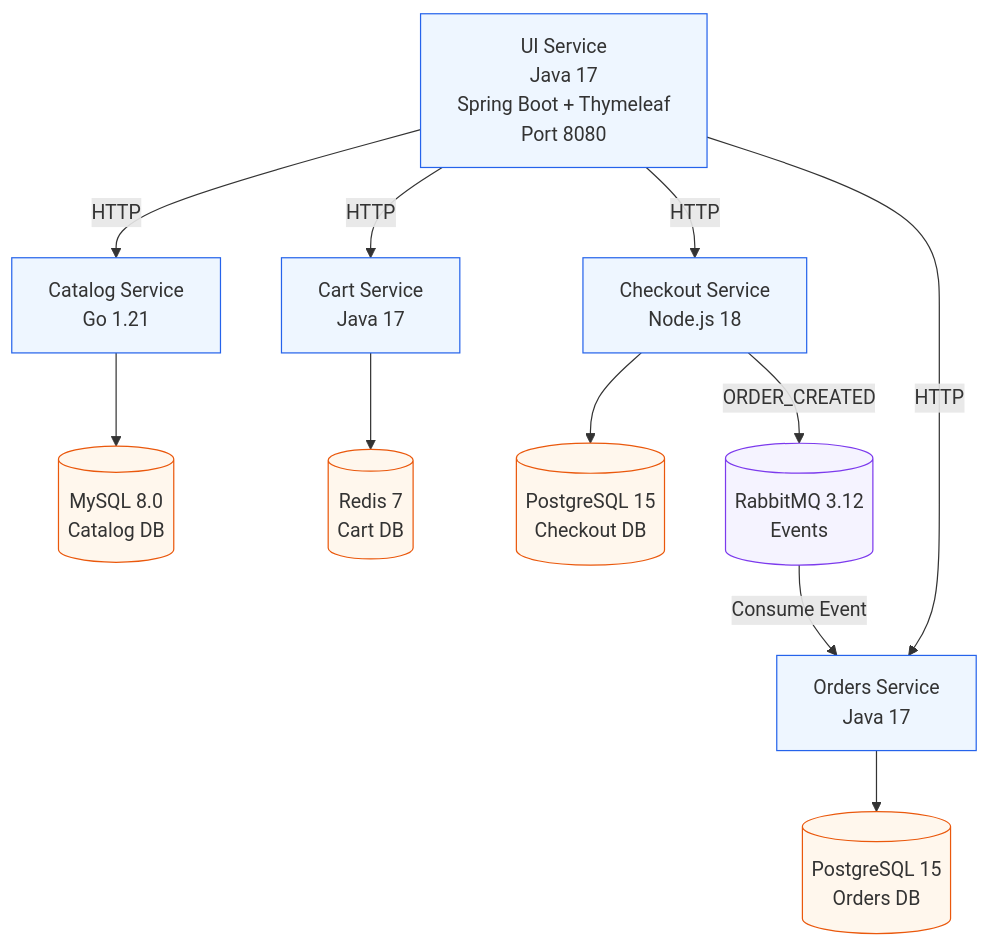
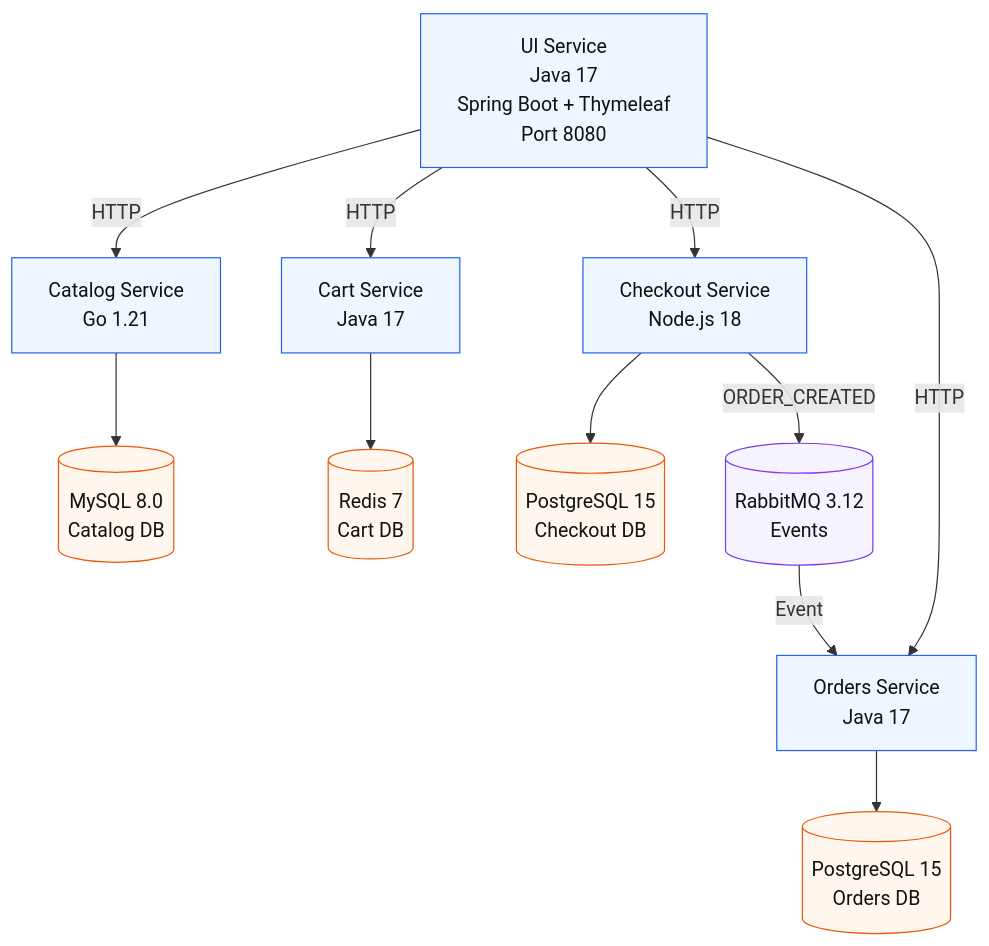
Before and after one commit to Hepher114/guitar-shop-microservices: the diagram in README.md, drawn with Mermaid. The commit also changed other lines of this file, not shown here.

Commit message:
add component diagran

````diff
--- a/README.md
+++ b/README.md
@@ -15,33 +15,33 @@
 ```mermaid
 flowchart TB
 
   UI["UI Service<br/>Java 17<br/>Spring Boot + Thymeleaf<br/>Port 8080"]:::svc
 
   CATALOG["Catalog Service<br/>Go 1.21"]:::svc
   CART["Cart Service<br/>Java 17"]:::svc
   CHECKOUT["Checkout Service<br/>Node.js 18"]:::svc
   ORDERS["Orders Service<br/>Java 17"]:::svc
 
   MYSQL[("MySQL 8.0<br/>Catalog DB")]:::db
   REDIS[("Redis 7<br/>Cart DB")]:::db
   PG1[("PostgreSQL 15<br/>Checkout DB")]:::db
   PG2[("PostgreSQL 15<br/>Orders DB")]:::db
   MQ[("RabbitMQ 3.12<br/>Events")]:::mq
 
   UI -->|HTTP| CATALOG
   UI -->|HTTP| CART
   UI -->|HTTP| CHECKOUT
   UI -->|HTTP| ORDERS
 
   CATALOG --> MYSQL
   CART --> REDIS
   CHECKOUT --> PG1
   ORDERS --> PG2
 
   CHECKOUT -->|ORDER_CREATED| MQ
-  MQ -->|Consume Event| ORDERS
+  MQ -->|Event| ORDERS
 
-  classDef svc fill:#eef6ff,stroke:#2563eb,stroke-width:1px;
-  classDef db fill:#fff7ed,stroke:#ea580c,stroke-width:1px;
-  classDef mq fill:#f5f3ff,stroke:#7c3aed,stroke-width:1px;
+  classDef svc fill:#eef6ff,stroke:#2563eb,stroke-width:1px,color:#111111;
+  classDef db fill:#fff7ed,stroke:#ea580c,stroke-width:1px,color:#111111;
+  classDef mq fill:#f5f3ff,stroke:#7c3aed,stroke-width:1px,color:#111111;
 ```
````
